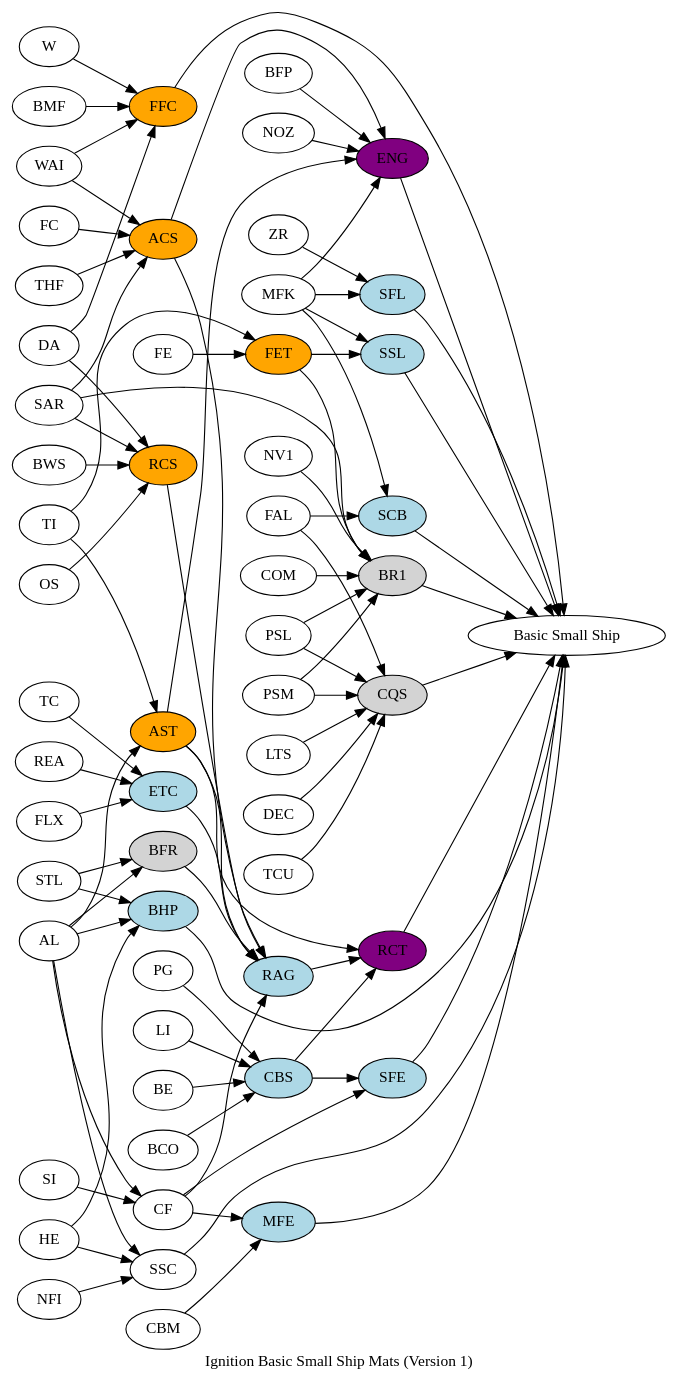
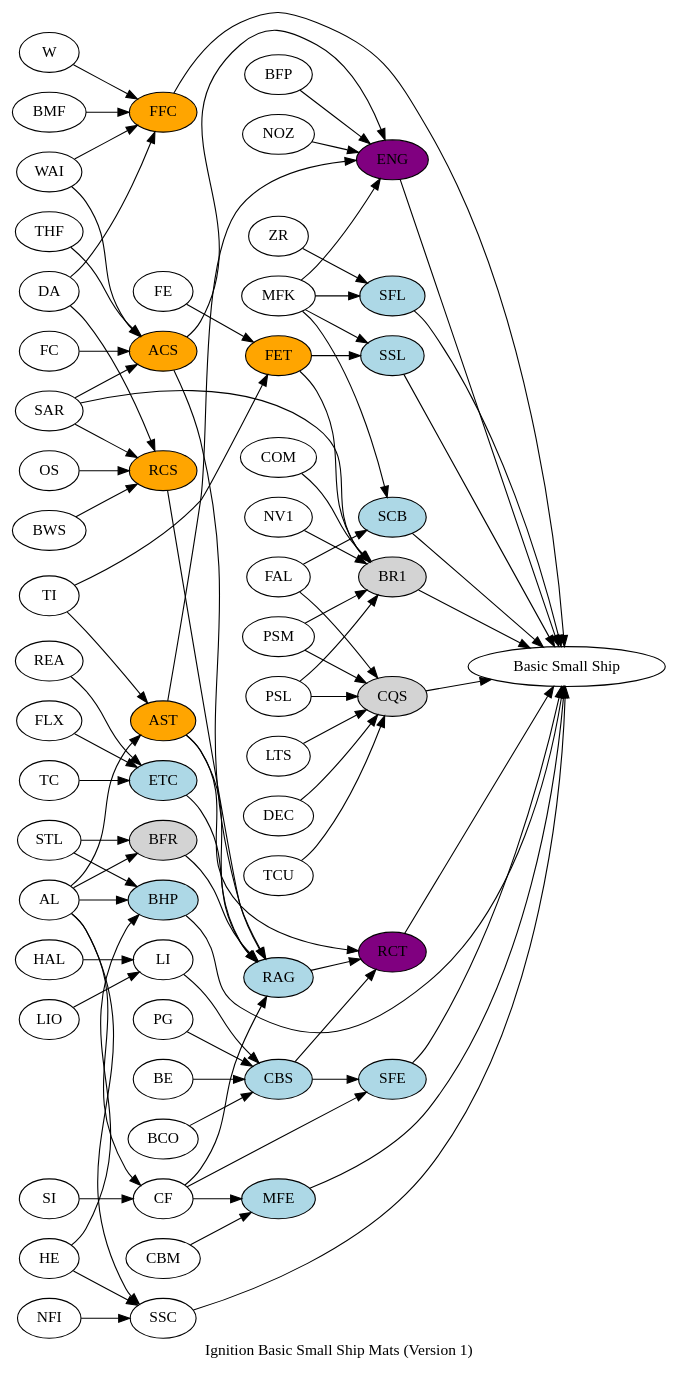
One commit to YarekTyshchenko/prun-graphs changed the diagram in basic_small_ship.dot. Above: the diagram before and after it, drawn with Graphviz. The commit also changed 1 other file, not shown here.

Commit message:
Added LI inputs to Small Ship
Added the HAL and LIO nodes into LI

```diff
--- a/basic_small_ship.dot
+++ b/basic_small_ship.dot
@@ -1,67 +1,69 @@
-digraph G {
+digraph SmallShip {
     label = "Ignition Basic Small Ship Mats (Version 1)"
     rankdir=LR
     node [style=filled]
     
     // Scientists
     node [fillcolor=purple]
     ENG RCT // SPF
     
     // Engineers
     node [fillcolor=orange]
     FFC ACS RCS // APF
     FET AST // ASM
     
     // Technicians
     node [fillcolor=lightblue]
     BHP // HWP
     MFE SFE // CLR
     SSL SCB SFL // SKF
     RAG CBS // ECA
     ETC // TNP
     
     // Settlers
     node [fillcolor=lightgray]
     BR1 CQS // UPF
     BFR // FS
     
     // Pio only (default)
     node [fillcolor=white]
 
     // Ship itself
     { BHP BR1 CQS ENG FFC MFE RCT SCB SFE SFL SSC SSL } -> "Basic Small Ship"
     
     // SKF
     { FET MFK } -> SSL
     { FAL MFK } -> SCB
     { ZR MFK } -> SFL
     // WEL
     { NFI AL HE } -> SSC
     // SPF
     { BFP NOZ AST ACS MFK } -> ENG
     { RAG AST CBS } -> RCT
     // CLR
     { CF CBM } -> MFE
     { CF CBS } -> SFE
     // APF
     { W WAI DA BMF } -> FFC
     { WAI SAR FC THF } -> ACS
     { BWS OS SAR DA } -> RCS
     // UPF
     { PSL PSM FET NV1 SAR COM } -> BR1
     { PSL PSM FAL LTS DEC TCU } -> CQS
     // HWP
     { AL STL HE } -> BHP
     // ASM
     { FE TI } -> FET
     { AL TI } -> AST
     // ECA
     { ETC BFR CF ACS RCS AST } -> RAG
     { LI BE BCO PG } -> CBS
     // TNP
     { TC REA FLX } -> ETC
     // FS
     { STL AL } -> BFR
     // SME
     { AL SI } -> CF
+    { HAL LIO } -> LI
+    
 }
```
